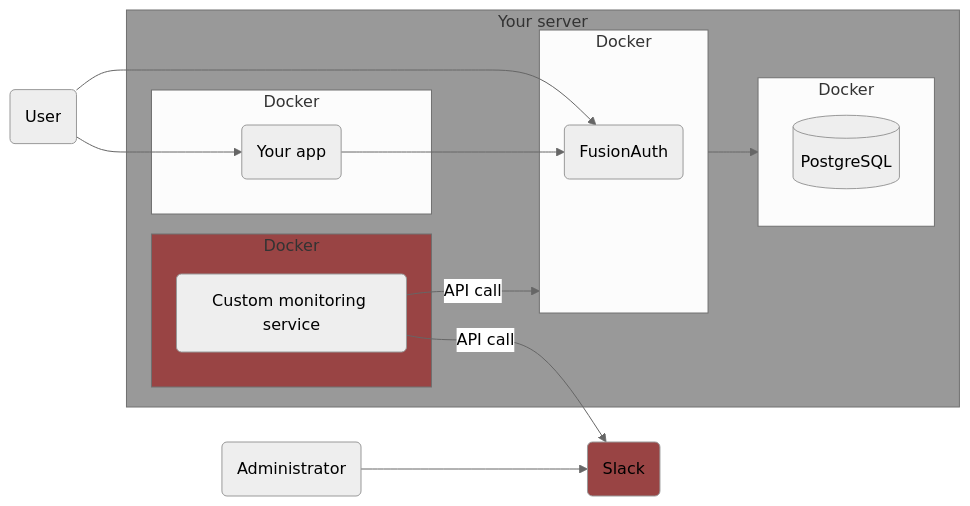
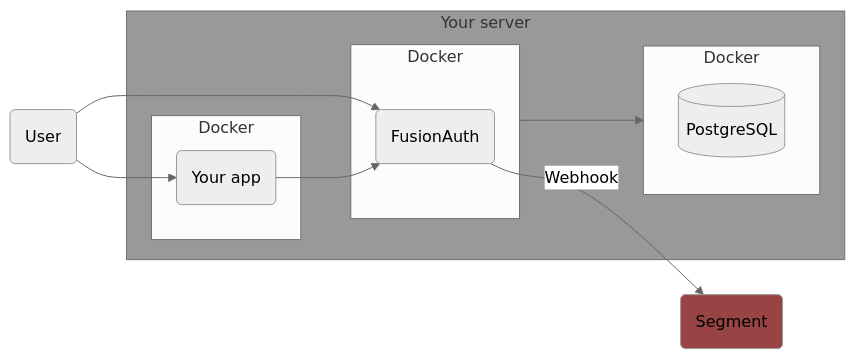
The second of 2 diagrams in astro/src/content/docs/operate/secure-and-monitor/twilio-segment.mdx (FusionAuth/fusionauth-site), drawn with Mermaid (neutral theme) before and after one commit. The commit also changed other lines of this file, not shown here.

````diff
--- a/astro/src/content/docs/operate/secure-and-monitor/twilio-segment.mdx
+++ b/astro/src/content/docs/operate/secure-and-monitor/twilio-segment.mdx
@@ -38,30 +53,23 @@
 ```mermaid
 graph LR
-  X(Slack)
+  X(Segment)
   subgraph I[Your server]
     subgraph G[Docker]
       H[(PostgreSQL)]
     end
     subgraph C[Docker]
       A(FusionAuth)
     end
-    subgraph E[Docker]
-      B(Custom monitoring service)
-    end
     subgraph J[Docker]
       F(Your app)
     end
   end
   D(User)
-  K(Administrator)
   D --> F
   D --> A
   C --> G
   F --> A
-  B --> |API call| C
-  B --> |API call| X
-  K --> X
+  A --> |Webhook| X
   style I fill:#999
-  style E fill:#944
   style X fill:#944
 ```
````
